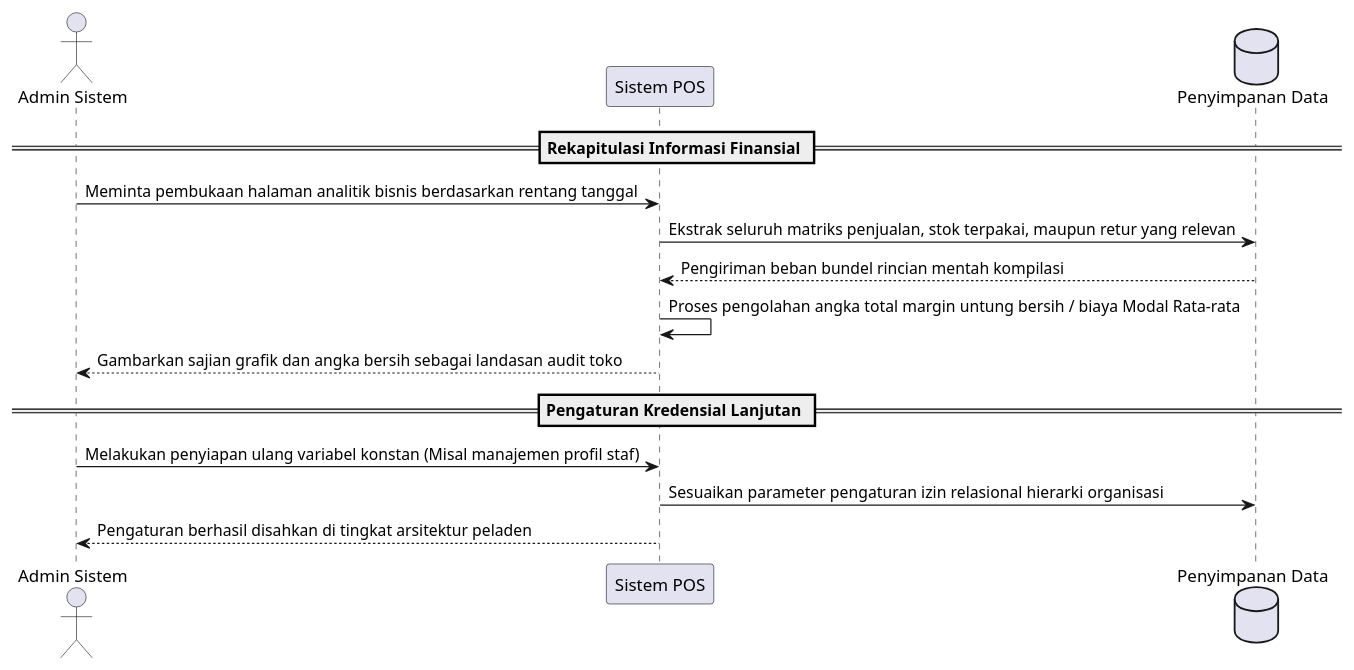
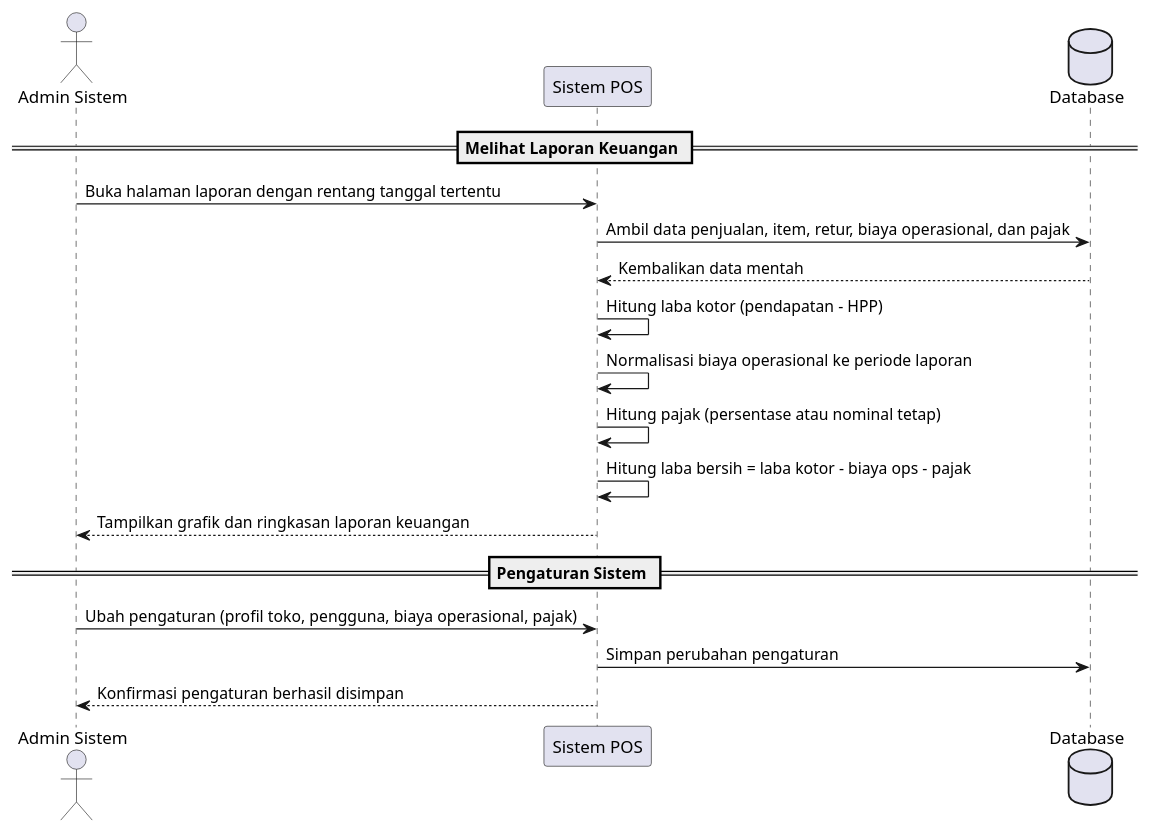
The diagram in docs/uml-sequence-operations.puml (Aditiarzky/pos-app), drawn with PlantUML before and after one commit. The commit also changed 41 other files, not shown here.

```diff
--- a/docs/uml-sequence-operations.puml
+++ b/docs/uml-sequence-operations.puml
@@ -1,17 +1,20 @@
 @startuml
 actor "Admin Sistem" as Admin
 participant "Sistem POS" as App
-database "Penyimpanan Data" as DB
+database "Database" as DB
 
-== Rekapitulasi Informasi Finansial ==
-Admin -> App: Meminta pembukaan halaman analitik bisnis berdasarkan rentang tanggal
-App -> DB: Ekstrak seluruh matriks penjualan, stok terpakai, maupun retur yang relevan
-DB --> App: Pengiriman beban bundel rincian mentah kompilasi
-App -> App: Proses pengolahan angka total margin untung bersih / biaya Modal Rata-rata
-App --> Admin: Gambarkan sajian grafik dan angka bersih sebagai landasan audit toko
+== Melihat Laporan Keuangan ==
+Admin -> App: Buka halaman laporan dengan rentang tanggal tertentu
+App -> DB: Ambil data penjualan, item, retur, biaya operasional, dan pajak
+DB --> App: Kembalikan data mentah
+App -> App: Hitung laba kotor (pendapatan - HPP)
+App -> App: Normalisasi biaya operasional ke periode laporan
+App -> App: Hitung pajak (persentase atau nominal tetap)
+App -> App: Hitung laba bersih = laba kotor - biaya ops - pajak
+App --> Admin: Tampilkan grafik dan ringkasan laporan keuangan
 
-== Pengaturan Kredensial Lanjutan ==
-Admin -> App: Melakukan penyiapan ulang variabel konstan (Misal manajemen profil staf)
-App -> DB: Sesuaikan parameter pengaturan izin relasional hierarki organisasi
-App --> Admin: Pengaturan berhasil disahkan di tingkat arsitektur peladen
+== Pengaturan Sistem ==
+Admin -> App: Ubah pengaturan (profil toko, pengguna, biaya operasional, pajak)
+App -> DB: Simpan perubahan pengaturan
+App --> Admin: Konfirmasi pengaturan berhasil disimpan
 @enduml
```
